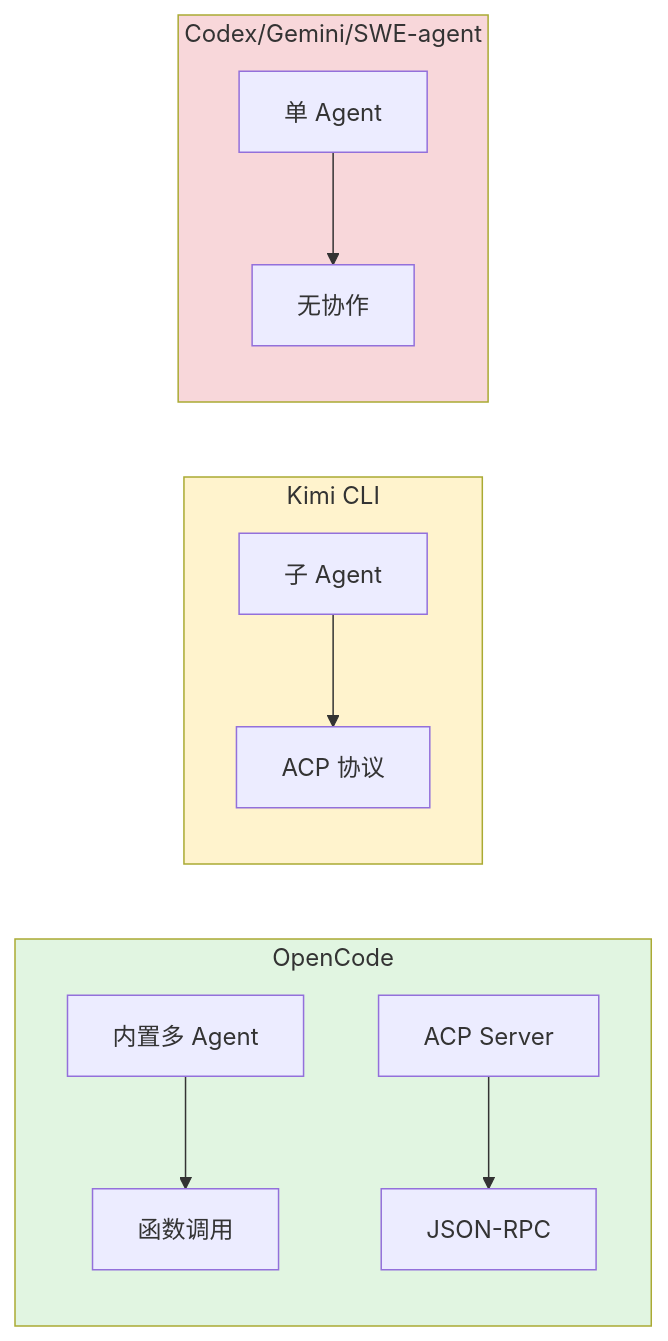
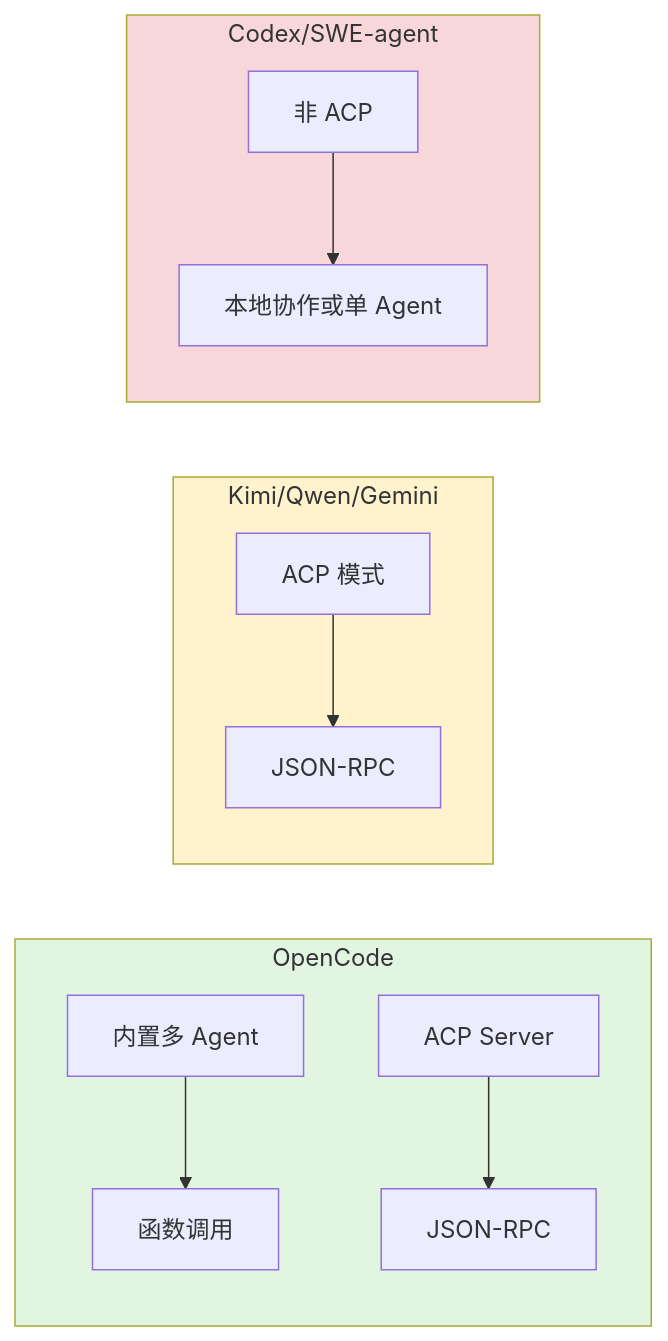
The sixth of 6 diagrams in docs/opencode/13-opencode-acp-integration.md (giraffe-tree/agent-base), drawn with Mermaid before and after one commit. The commit also changed other lines of this file and 5 other files, not shown here.

````diff
--- a/docs/opencode/13-opencode-acp-integration.md
+++ b/docs/opencode/13-opencode-acp-integration.md
@@ -556,19 +556,19 @@
 ```mermaid
 flowchart LR
     subgraph OpenCode["OpenCode"]
         OC1[内置多 Agent] --> OC2[函数调用]
         OC3[ACP Server] --> OC4[JSON-RPC]
     end
 
-    subgraph Kimi["Kimi CLI"]
-        K1[子 Agent] --> K2[ACP 协议]
+    subgraph ACPAgents["Kimi/Qwen/Gemini"]
+        K1[ACP 模式] --> K2[JSON-RPC]
     end
 
-    subgraph Others["Codex/Gemini/SWE-agent"]
-        O1[单 Agent] --> O2[无协作]
+    subgraph Others["Codex/SWE-agent"]
+        O1[非 ACP] --> O2[本地协作或单 Agent]
     end
 
     style OpenCode fill:#e1f5e1
-    style Kimi fill:#fff3cd
+    style ACPAgents fill:#fff3cd
     style Others fill:#f8d7da
 ```
````
